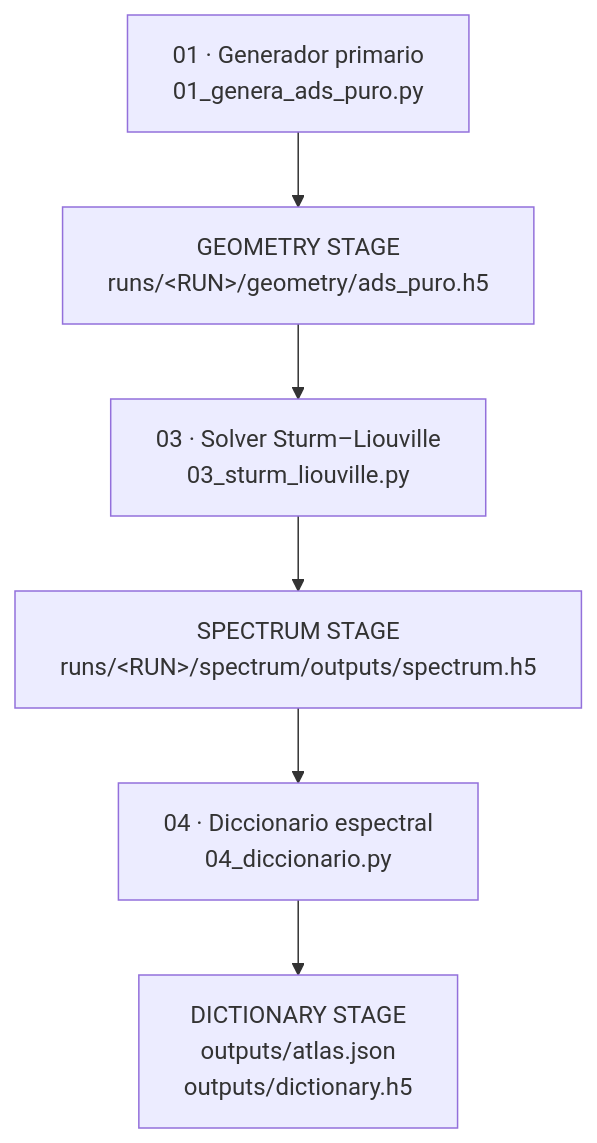
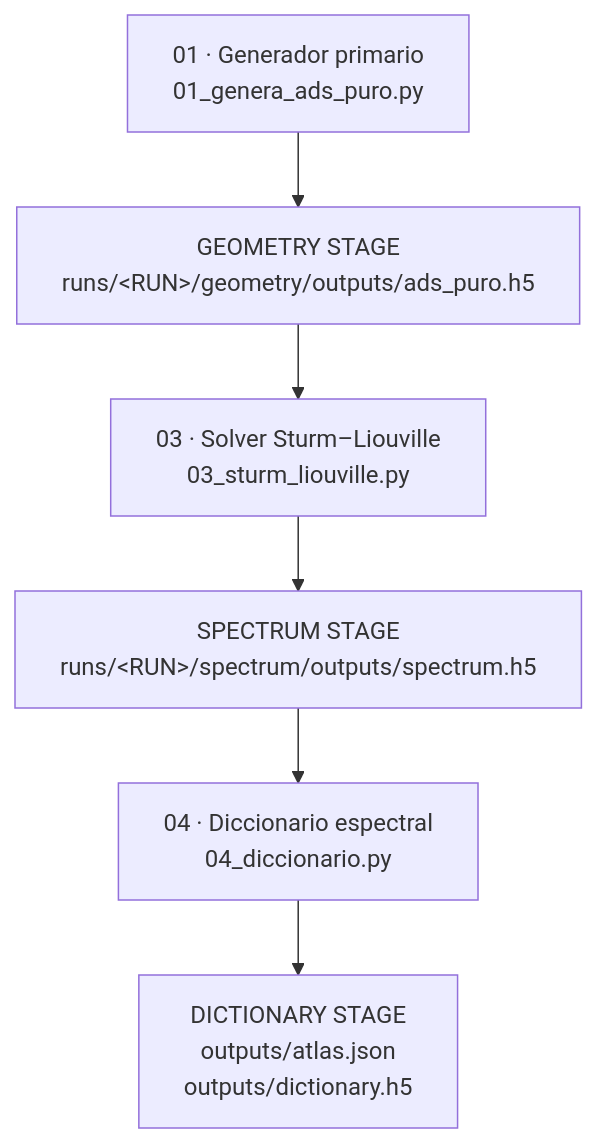
The diagram in pipeline_basurin_v_1.md (nacho09021973/basurin), drawn with Mermaid before and after one commit. The commit also changed other lines of this file and 8 other files, not shown here.

````diff
--- a/pipeline_basurin_v_1.md
+++ b/pipeline_basurin_v_1.md
@@ -241,17 +244,17 @@
 ```mermaid
 flowchart TB
   G01["01 · Generador primario<br/>01_genera_ads_puro.py"]
-  GEO["GEOMETRY STAGE<br/>runs/&lt;RUN&gt;/geometry/ads_puro.h5"]
+  GEO["GEOMETRY STAGE<br/>runs/&lt;RUN&gt;/geometry/outputs/ads_puro.h5"]
 
   S03["03 · Solver Sturm–Liouville<br/>03_sturm_liouville.py"]
   SPEC["SPECTRUM STAGE<br/>runs/&lt;RUN&gt;/spectrum/outputs/spectrum.h5"]
 
   D04["04 · Diccionario espectral<br/>04_diccionario.py"]
   DICT["DICTIONARY STAGE<br/>outputs/atlas.json<br/>outputs/dictionary.h5"]
 
   G01 --> GEO
   GEO --> S03
   S03 --> SPEC
   SPEC --> D04
   D04 --> DICT
 ```
````
